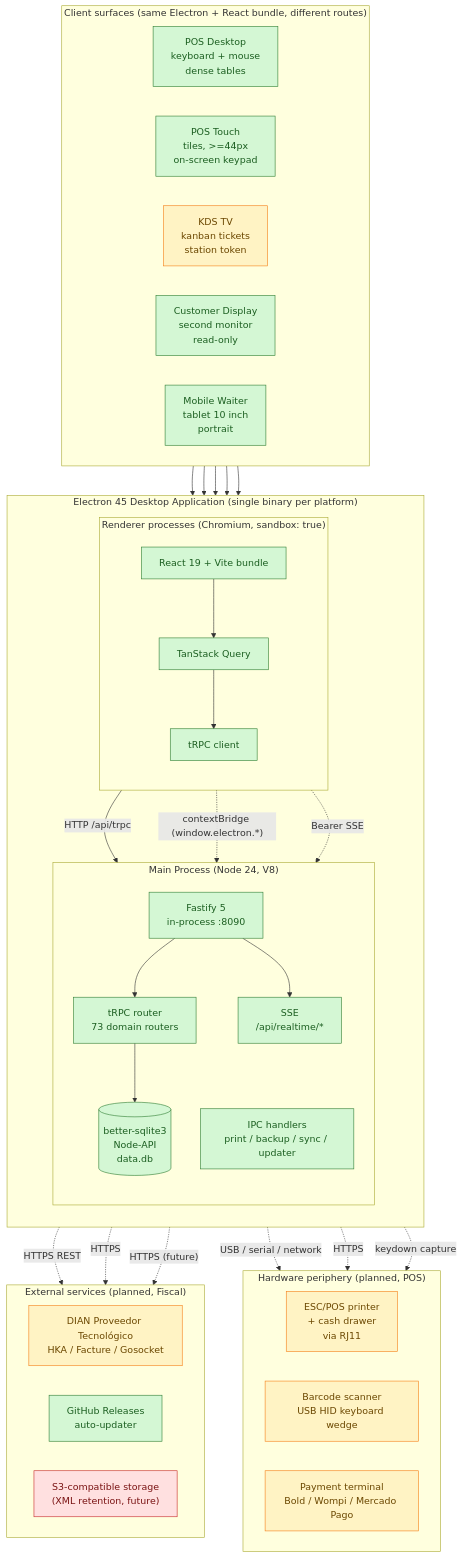
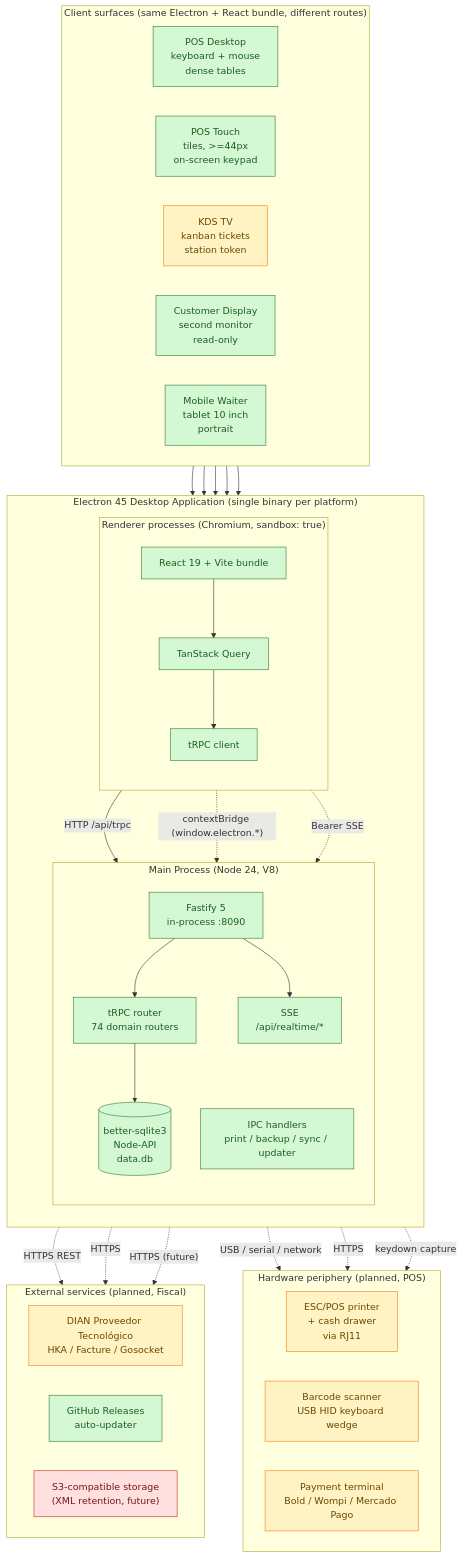
The diagram in docs/architecture.mmd (johnny4young/puntovivo), drawn with Mermaid before and after one commit. The commit also changed 37 other files, not shown here.

```diff
--- a/docs/architecture.mmd
+++ b/docs/architecture.mmd
@@ -1,81 +1,81 @@
 %% Puntovivo architecture — high-level process and client surface topology
 %% Render: pnpm dlx @mermaid-js/mermaid-cli -i docs/architecture.mmd -o docs/architecture.svg -b transparent
 %% The -b transparent flag is required: mermaid-cli defaults to a white page
 %% background, which regresses the diagram on dark-mode surfaces. The SVG
 %% root style must keep background-color: transparent after every re-render.
 %% Source of truth for the system diagram embedded in docs/ARCHITECTURE.md and README.md.
 
 flowchart TB
   subgraph Electron["Electron 45 Desktop Application (single binary per platform)"]
     direction TB
 
     subgraph Main["Main Process (Node 24, V8)"]
       direction TB
       F["Fastify 5<br/>in-process :8090"]
-      T["tRPC router<br/>73 domain routers"]
+      T["tRPC router<br/>74 domain routers"]
       DB[("better-sqlite3<br/>Node-API<br/>data.db")]
       IPC["IPC handlers<br/>print / backup / sync / updater"]
       SSE["SSE<br/>/api/realtime/*"]
       F --> T
       F --> SSE
       T --> DB
     end
 
     subgraph Renderer["Renderer processes (Chromium, sandbox: true)"]
       direction TB
       R["React 19 + Vite bundle"]
       Q["TanStack Query"]
       C["tRPC client"]
       R --> Q --> C
     end
 
     C -- "HTTP /api/trpc" --> F
     R -. "contextBridge (window.electron.*)" .-> IPC
     R -. "Bearer SSE" .-> SSE
   end
 
   subgraph Surfaces["Client surfaces (same Electron + React bundle, different routes)"]
     direction LR
     POSD["POS Desktop<br/>keyboard + mouse<br/>dense tables"]
     POST["POS Touch<br/>tiles, >=44px<br/>on-screen keypad"]
     KDS["KDS TV<br/>kanban tickets<br/>station token"]
     CUST["Customer Display<br/>second monitor<br/>read-only"]
     MOB["Mobile Waiter<br/>tablet 10 inch<br/>portrait"]
   end
 
   POSD --> Renderer
   POST --> Renderer
   KDS --> Renderer
   CUST --> Renderer
   MOB --> Renderer
 
   subgraph Peripherals["Hardware periphery (planned, POS)"]
     direction LR
     ESCP["ESC/POS printer<br/>+ cash drawer<br/>via RJ11"]
     SCAN["Barcode scanner<br/>USB HID keyboard wedge"]
     DAT["Payment terminal<br/>Bold / Wompi / Mercado Pago"]
   end
 
   IPC -. "USB / serial / network" .-> ESCP
   Renderer -. "keydown capture" .-> SCAN
   T -. "HTTPS" .-> DAT
 
   subgraph External["External services (planned, Fiscal)"]
     direction LR
     PT["DIAN Proveedor Tecnológico<br/>HKA / Facture / Gosocket"]
     UPD["GitHub Releases<br/>auto-updater"]
     S3["S3-compatible storage<br/>(XML retention, future)"]
   end
 
   T -. "HTTPS REST" .-> PT
   IPC -. "HTTPS" .-> UPD
   IPC -. "HTTPS (future)" .-> S3
 
   classDef shipped fill:#d4f7d4,stroke:#2e7d32,color:#1b5e20
   classDef planned fill:#fff3c4,stroke:#f57f17,color:#6b4700
   classDef future fill:#ffe0e0,stroke:#c62828,color:#7a1313
 
   class F,T,DB,IPC,SSE,R,Q,C,POSD,UPD shipped
   class POST,MOB,CUST shipped
   class KDS,ESCP,SCAN,DAT,PT planned
   class S3 future
```
